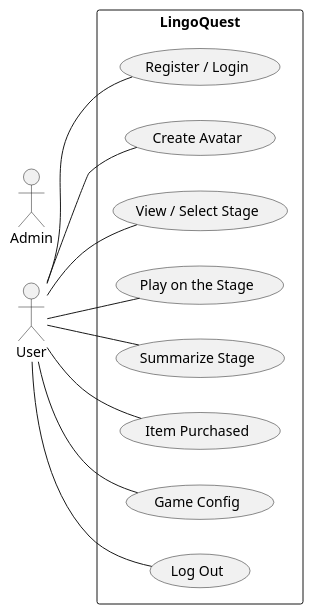
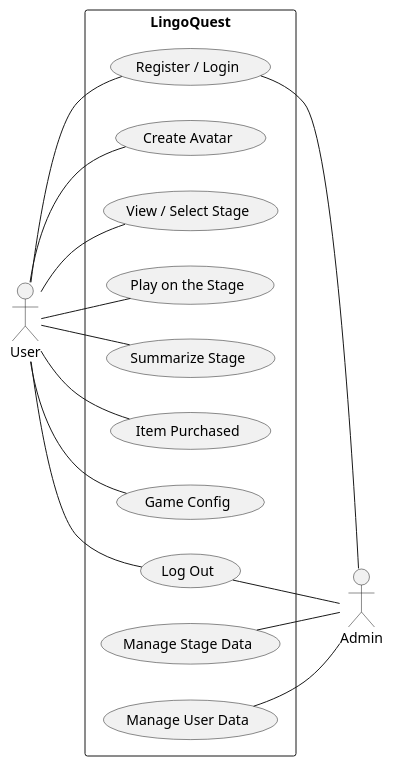
Before and after one commit to lebrancconvas/Lingo-Quest: the diagram in docs/PlantUML/usecase.plantuml, drawn with PlantUML. The commit also changed 1 other file, not shown here.

Commit message:
📝 doc: update use case diagram

```diff
--- a/docs/PlantUML/usecase.plantuml
+++ b/docs/PlantUML/usecase.plantuml
@@ -1,20 +1,23 @@
 @startuml LingoQuest_UseCase
 left to right direction
 skinparam packageStyle rectangle
 
 actor User as u
 actor Admin as a
 
 rectangle LingoQuest {
 	u -- (Register / Login)
 	u -- (Create Avatar)
 	u -- (View / Select Stage)
 	u -- (Play on the Stage)
 	u -- (Summarize Stage)
 	u -- (Item Purchased) 
 	u -- (Game Config)
 	u -- (Log Out) 
+	(Register / Login) -- a
+	(Manage Stage Data) -- a
+	(Manage User Data) -- a 
+	(Log Out) -- a
 }
 
-
 @enduml
```
